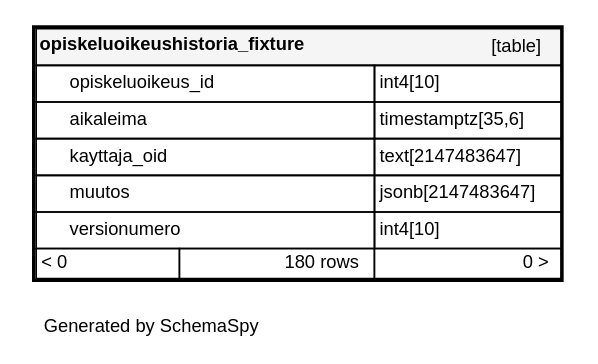
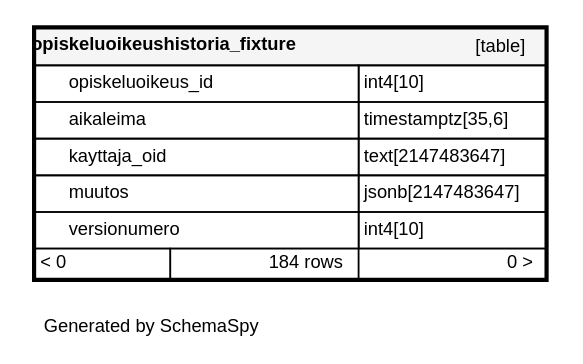
One commit to Opetushallitus/koski changed the diagram in documentation/tietokantaskeemat/koski/diagrams/tables/opiskeluoikeushistoria_fixture.1degree.dot. Above: the diagram before and after it, drawn with Graphviz. The commit also changed 241 other files, not shown here.

```diff
--- a/documentation/tietokantaskeemat/koski/diagrams/tables/opiskeluoikeushistoria_fixture.1degree.dot
+++ b/documentation/tietokantaskeemat/koski/diagrams/tables/opiskeluoikeushistoria_fixture.1degree.dot
@@ -1,18 +1,18 @@
 digraph "oneDegreeRelationshipsDiagram" {
   graph [    rankdir="RL"    bgcolor="#ffffff"    label="\nGenerated by SchemaSpy"    labeljust="l"    nodesep="0.18"    ranksep="0.46"    fontname="Helvetica"    fontsize="11"    ration="compress"  ];  node [    fontname="Helvetica"    fontsize="11"    shape="plaintext"  ];  edge [    arrowsize="0.8"  ];
   "opiskeluoikeushistoria_fixture" [
    label=<
     <TABLE BORDER="2" CELLBORDER="1" CELLSPACING="0" BGCOLOR="#ffffff">
-      <TR><TD COLSPAN="4"  BGCOLOR="#f5f5f5"><TABLE BORDER="0" CELLSPACING="0"><TR><TD ALIGN="LEFT" FIXEDSIZE="TRUE" WIDTH="182" HEIGHT="16"><B>opiskeluoikeushistoria_fixture</B></TD><TD ALIGN="RIGHT">[table]</TD></TR></TABLE></TD></TR>
-      <TR><TD PORT="opiskeluoikeus_id" COLSPAN="2" ALIGN="LEFT"><TABLE BORDER="0" CELLSPACING="0" ALIGN="LEFT"><TR ALIGN="LEFT"><TD ALIGN="LEFT" FIXEDSIZE="TRUE" WIDTH="15" HEIGHT="16"></TD><TD ALIGN="LEFT" FIXEDSIZE="TRUE" WIDTH="182" HEIGHT="16">opiskeluoikeus_id</TD></TR></TABLE></TD><TD PORT="opiskeluoikeus_id.type" ALIGN="LEFT">int4[10]</TD></TR>
-      <TR><TD PORT="aikaleima" COLSPAN="2" ALIGN="LEFT"><TABLE BORDER="0" CELLSPACING="0" ALIGN="LEFT"><TR ALIGN="LEFT"><TD ALIGN="LEFT" FIXEDSIZE="TRUE" WIDTH="15" HEIGHT="16"></TD><TD ALIGN="LEFT" FIXEDSIZE="TRUE" WIDTH="182" HEIGHT="16">aikaleima</TD></TR></TABLE></TD><TD PORT="aikaleima.type" ALIGN="LEFT">timestamptz[35,6]</TD></TR>
-      <TR><TD PORT="kayttaja_oid" COLSPAN="2" ALIGN="LEFT"><TABLE BORDER="0" CELLSPACING="0" ALIGN="LEFT"><TR ALIGN="LEFT"><TD ALIGN="LEFT" FIXEDSIZE="TRUE" WIDTH="15" HEIGHT="16"></TD><TD ALIGN="LEFT" FIXEDSIZE="TRUE" WIDTH="182" HEIGHT="16">kayttaja_oid</TD></TR></TABLE></TD><TD PORT="kayttaja_oid.type" ALIGN="LEFT">text[2147483647]</TD></TR>
-      <TR><TD PORT="muutos" COLSPAN="2" ALIGN="LEFT"><TABLE BORDER="0" CELLSPACING="0" ALIGN="LEFT"><TR ALIGN="LEFT"><TD ALIGN="LEFT" FIXEDSIZE="TRUE" WIDTH="15" HEIGHT="16"></TD><TD ALIGN="LEFT" FIXEDSIZE="TRUE" WIDTH="182" HEIGHT="16">muutos</TD></TR></TABLE></TD><TD PORT="muutos.type" ALIGN="LEFT">jsonb[2147483647]</TD></TR>
-      <TR><TD PORT="versionumero" COLSPAN="2" ALIGN="LEFT"><TABLE BORDER="0" CELLSPACING="0" ALIGN="LEFT"><TR ALIGN="LEFT"><TD ALIGN="LEFT" FIXEDSIZE="TRUE" WIDTH="15" HEIGHT="16"></TD><TD ALIGN="LEFT" FIXEDSIZE="TRUE" WIDTH="182" HEIGHT="16">versionumero</TD></TR></TABLE></TD><TD PORT="versionumero.type" ALIGN="LEFT">int4[10]</TD></TR>
-      <TR><TD ALIGN="LEFT" BGCOLOR="#ffffff">&lt; 0</TD><TD ALIGN="RIGHT" BGCOLOR="#ffffff">180 rows</TD><TD ALIGN="RIGHT" BGCOLOR="#ffffff">0 &gt;</TD></TR>
+      <TR><TD COLSPAN="4"  BGCOLOR="#f5f5f5"><TABLE BORDER="0" CELLSPACING="0"><TR><TD ALIGN="LEFT" FIXEDSIZE="TRUE" WIDTH="173" HEIGHT="16"><B>opiskeluoikeushistoria_fixture</B></TD><TD ALIGN="RIGHT">[table]</TD></TR></TABLE></TD></TR>
+      <TR><TD PORT="opiskeluoikeus_id" COLSPAN="2" ALIGN="LEFT"><TABLE BORDER="0" CELLSPACING="0" ALIGN="LEFT"><TR ALIGN="LEFT"><TD ALIGN="LEFT" FIXEDSIZE="TRUE" WIDTH="15" HEIGHT="16"></TD><TD ALIGN="LEFT" FIXEDSIZE="TRUE" WIDTH="173" HEIGHT="16">opiskeluoikeus_id</TD></TR></TABLE></TD><TD PORT="opiskeluoikeus_id.type" ALIGN="LEFT">int4[10]</TD></TR>
+      <TR><TD PORT="aikaleima" COLSPAN="2" ALIGN="LEFT"><TABLE BORDER="0" CELLSPACING="0" ALIGN="LEFT"><TR ALIGN="LEFT"><TD ALIGN="LEFT" FIXEDSIZE="TRUE" WIDTH="15" HEIGHT="16"></TD><TD ALIGN="LEFT" FIXEDSIZE="TRUE" WIDTH="173" HEIGHT="16">aikaleima</TD></TR></TABLE></TD><TD PORT="aikaleima.type" ALIGN="LEFT">timestamptz[35,6]</TD></TR>
+      <TR><TD PORT="kayttaja_oid" COLSPAN="2" ALIGN="LEFT"><TABLE BORDER="0" CELLSPACING="0" ALIGN="LEFT"><TR ALIGN="LEFT"><TD ALIGN="LEFT" FIXEDSIZE="TRUE" WIDTH="15" HEIGHT="16"></TD><TD ALIGN="LEFT" FIXEDSIZE="TRUE" WIDTH="173" HEIGHT="16">kayttaja_oid</TD></TR></TABLE></TD><TD PORT="kayttaja_oid.type" ALIGN="LEFT">text[2147483647]</TD></TR>
+      <TR><TD PORT="muutos" COLSPAN="2" ALIGN="LEFT"><TABLE BORDER="0" CELLSPACING="0" ALIGN="LEFT"><TR ALIGN="LEFT"><TD ALIGN="LEFT" FIXEDSIZE="TRUE" WIDTH="15" HEIGHT="16"></TD><TD ALIGN="LEFT" FIXEDSIZE="TRUE" WIDTH="173" HEIGHT="16">muutos</TD></TR></TABLE></TD><TD PORT="muutos.type" ALIGN="LEFT">jsonb[2147483647]</TD></TR>
+      <TR><TD PORT="versionumero" COLSPAN="2" ALIGN="LEFT"><TABLE BORDER="0" CELLSPACING="0" ALIGN="LEFT"><TR ALIGN="LEFT"><TD ALIGN="LEFT" FIXEDSIZE="TRUE" WIDTH="15" HEIGHT="16"></TD><TD ALIGN="LEFT" FIXEDSIZE="TRUE" WIDTH="173" HEIGHT="16">versionumero</TD></TR></TABLE></TD><TD PORT="versionumero.type" ALIGN="LEFT">int4[10]</TD></TR>
+      <TR><TD ALIGN="LEFT" BGCOLOR="#ffffff">&lt; 0</TD><TD ALIGN="RIGHT" BGCOLOR="#ffffff">184 rows</TD><TD ALIGN="RIGHT" BGCOLOR="#ffffff">0 &gt;</TD></TR>
     </TABLE>>
     URL="../../tables/opiskeluoikeushistoria_fixture.html"
     target="_top"
     tooltip="opiskeluoikeushistoria_fixture"
   ];
 }
```
